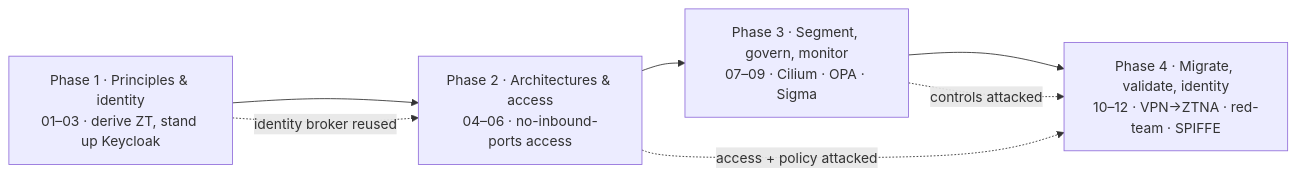
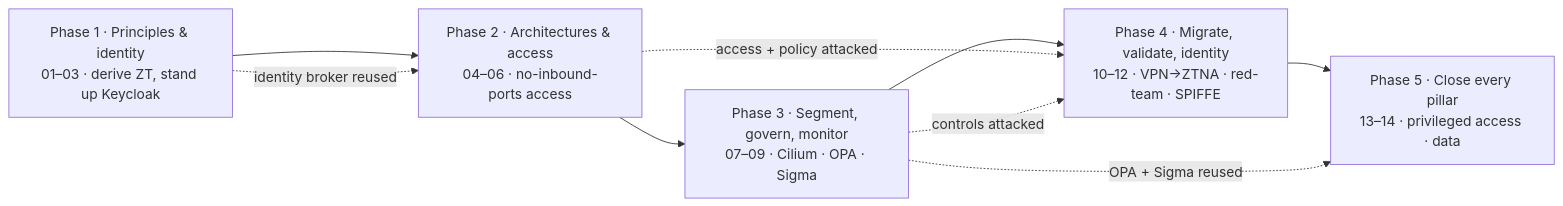
One commit to plaintext-security/plaintext changed the diagram in tracks/11-ztna/README.md. Above: the diagram before and after it, drawn with Mermaid. The commit also changed other lines of this file and 14 other files, not shown here.

First line of the commit message:
ztna: publish Modules 13 (privileged access) & 14 (data pillar); renumber workload to 12

````diff
--- a/tracks/11-ztna/README.md
+++ b/tracks/11-ztna/README.md
@@ -20,11 +25,13 @@
 ```mermaid
 flowchart LR
     P1["Phase 1 · Principles & identity<br/>01–03 · derive ZT, stand up Keycloak"]
     P2["Phase 2 · Architectures & access<br/>04–06 · no-inbound-ports access"]
     P3["Phase 3 · Segment, govern, monitor<br/>07–09 · Cilium · OPA · Sigma"]
     P4["Phase 4 · Migrate, validate, identity<br/>10–12 · VPN→ZTNA · red-team · SPIFFE"]
-    P1 --> P2 --> P3 --> P4
+    P5["Phase 5 · Close every pillar<br/>13–14 · privileged access · data"]
+    P1 --> P2 --> P3 --> P4 --> P5
     P1 -.identity broker reused.-> P2
     P2 -.access + policy attacked.-> P4
     P3 -.controls attacked.-> P4
+    P3 -.OPA + Sigma reused.-> P5
 ```
````
